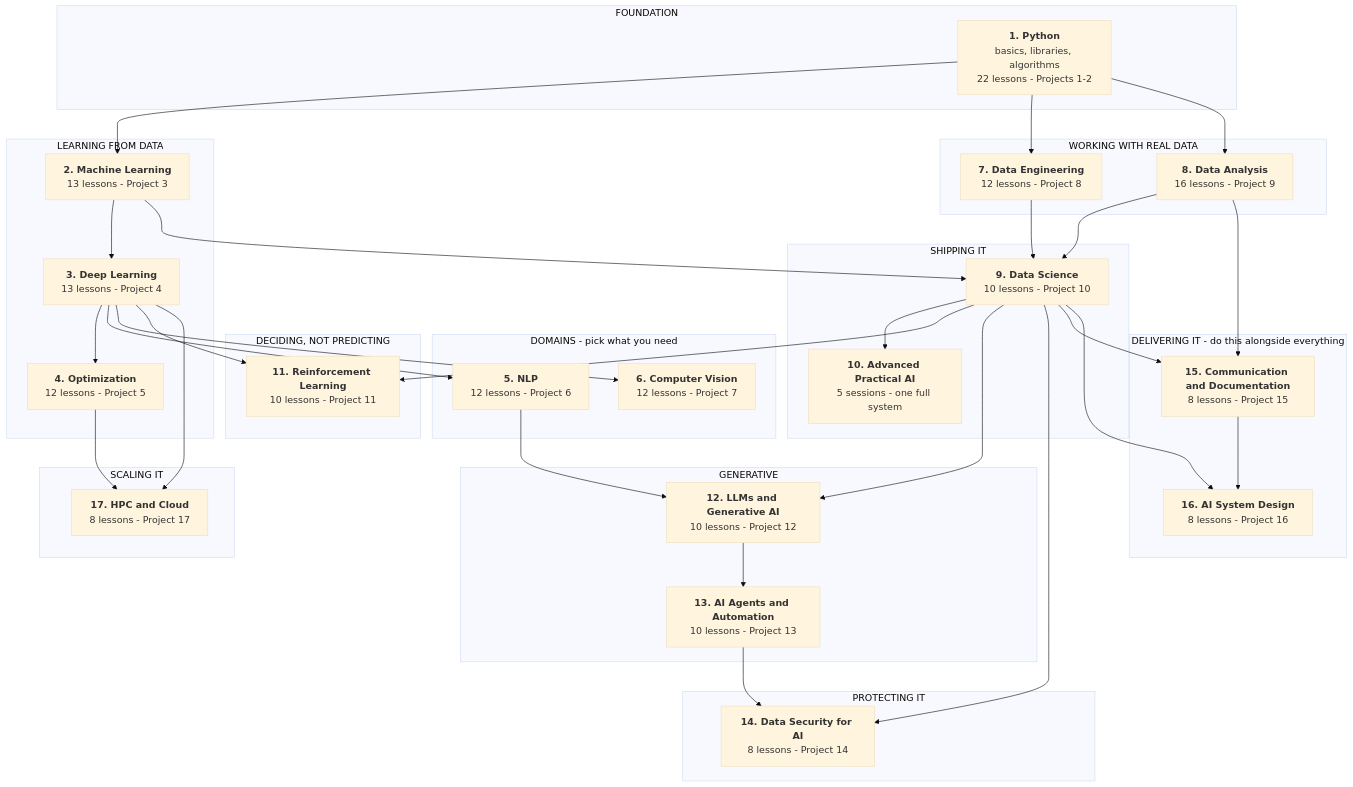
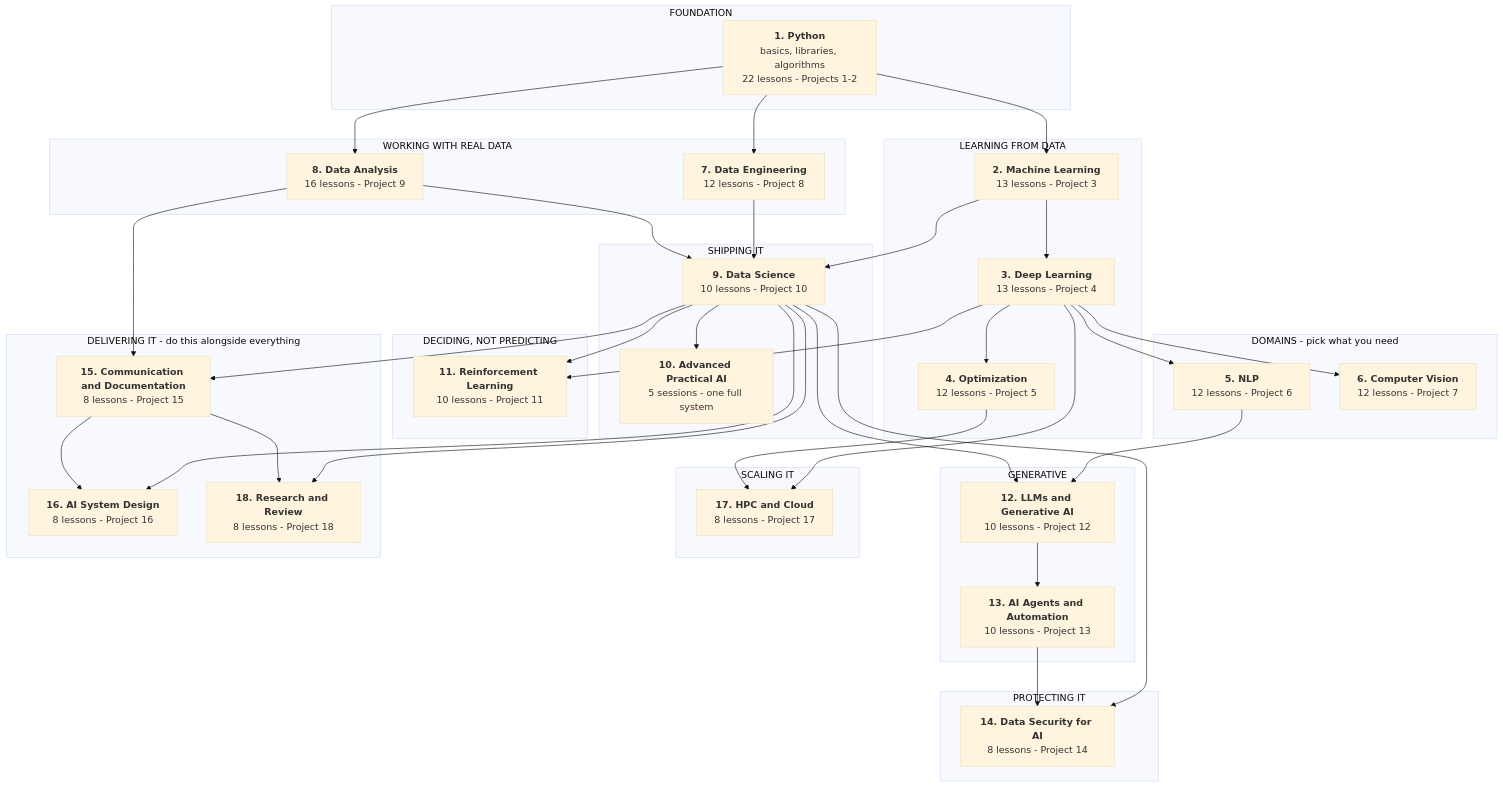
One commit to Tayel-Ai-Labs-Courses/Advanced-AI changed the diagram in README.md. Above: the diagram before and after it, drawn with Mermaid (base theme). The commit also changed other lines of this file and 21 other files, not shown here.

First line of the commit message:
Add Research and Review Papers course with Project 18

````diff
--- a/README.md
+++ b/README.md
@@ -14,63 +14,66 @@
 ```mermaid
 flowchart TD
     subgraph P0["FOUNDATION"]
         A["<b>1. Python</b><br/>basics, libraries, algorithms<br/>22 lessons - Projects 1-2"]
     end
     subgraph P1["LEARNING FROM DATA"]
         B["<b>2. Machine Learning</b><br/>13 lessons - Project 3"]
         C["<b>3. Deep Learning</b><br/>13 lessons - Project 4"]
         D["<b>4. Optimization</b><br/>12 lessons - Project 5"]
     end
     subgraph P2["DOMAINS - pick what you need"]
         E["<b>5. NLP</b><br/>12 lessons - Project 6"]
         F["<b>6. Computer Vision</b><br/>12 lessons - Project 7"]
     end
     subgraph P3["WORKING WITH REAL DATA"]
         G["<b>7. Data Engineering</b><br/>12 lessons - Project 8"]
         H["<b>8. Data Analysis</b><br/>16 lessons - Project 9"]
     end
     subgraph P4["SHIPPING IT"]
         I["<b>9. Data Science</b><br/>10 lessons - Project 10"]
         J["<b>10. Advanced Practical AI</b><br/>5 sessions - one full system"]
     end
     subgraph P5["DECIDING, NOT PREDICTING"]
         K["<b>11. Reinforcement Learning</b><br/>10 lessons - Project 11"]
     end
     subgraph P6["GENERATIVE"]
         L["<b>12. LLMs and Generative AI</b><br/>10 lessons - Project 12"]
         M["<b>13. AI Agents and Automation</b><br/>10 lessons - Project 13"]
     end
     subgraph P7["PROTECTING IT"]
         N["<b>14. Data Security for AI</b><br/>8 lessons - Project 14"]
     end
     subgraph P7b["SCALING IT"]
         R["<b>17. HPC and Cloud</b><br/>8 lessons - Project 17"]
     end
     subgraph P8["DELIVERING IT - do this alongside everything"]
         O["<b>15. Communication and Documentation</b><br/>8 lessons - Project 15"]
         Q["<b>16. AI System Design</b><br/>8 lessons - Project 16"]
+        S["<b>18. Research and Review</b><br/>8 lessons - Project 18"]
     end
 
     A --> B --> C --> D
     C --> E
     C --> F
     A --> G
     A --> H
     B --> I
     G --> I
     H --> I
     I --> J
     C --> K
     I --> K
     E --> L
     I --> L
     L --> M
     I --> N
     M --> N
     I --> O
     H --> O
     I --> Q
     O --> Q
     C --> R
     D --> R
+    I --> S
+    O --> S
 ```
````
